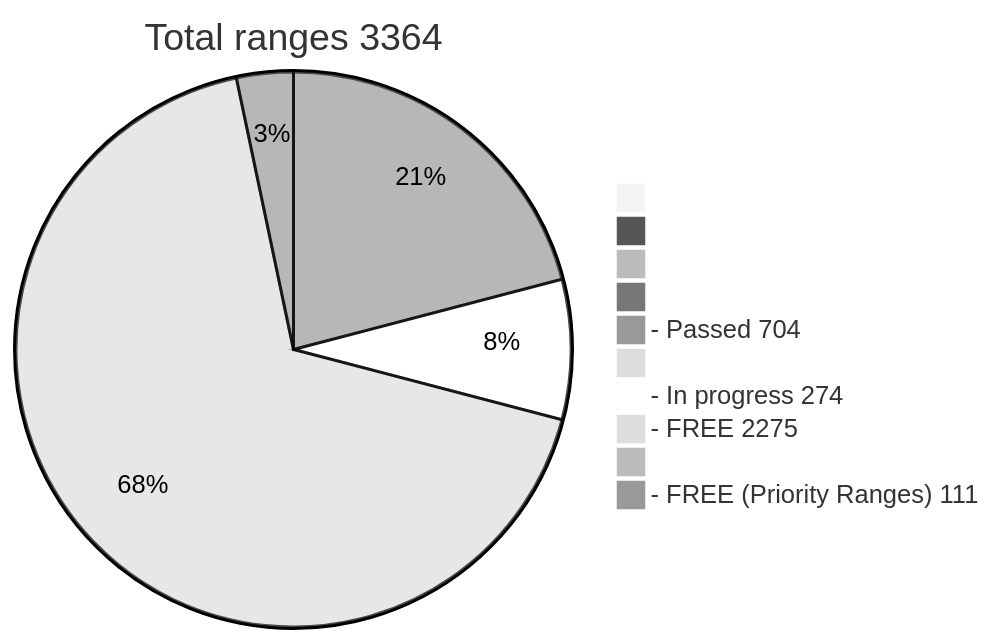
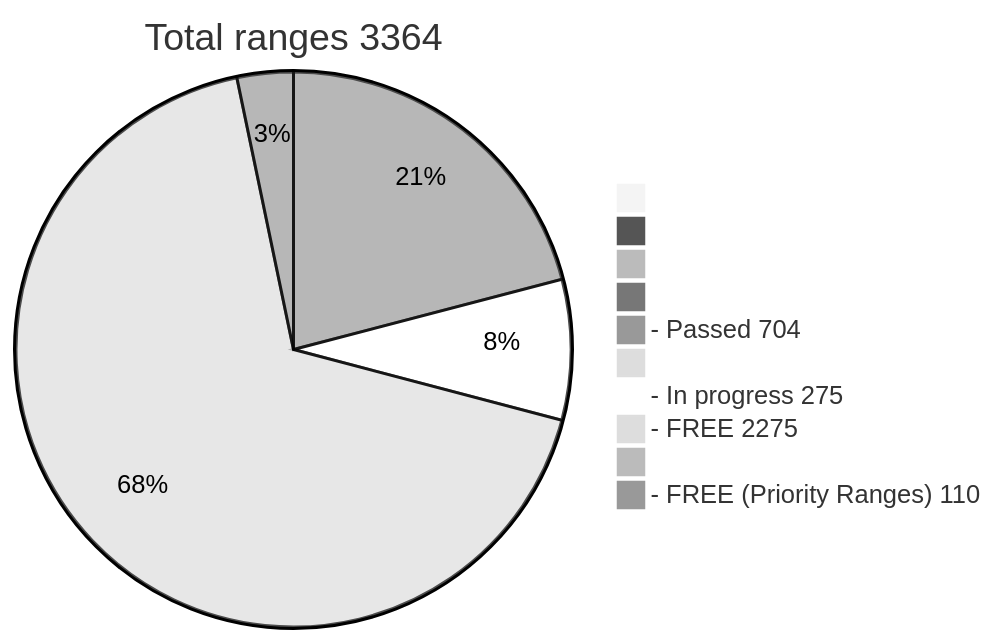
The diagram in README.md (phrutis/wif500), drawn with Mermaid (neutral theme) before and after one commit.

````diff
--- a/README.md
+++ b/README.md
@@ -16,13 +16,13 @@
 ```mermaid
 pie title Total ranges 3364
              " " : 0
             "  " : 0
            "   " : 0
           "    " : 0
   "- Passed 704" : 704
          "     " : 0
-  "- In progress 274" : 274
+  "- In progress 275" : 275
    "- FREE 2275" : 2275
         "      " : 0
-  "- FREE (Priority Ranges) 111" : 111
+  "- FREE (Priority Ranges) 110" : 110
 ```
````
